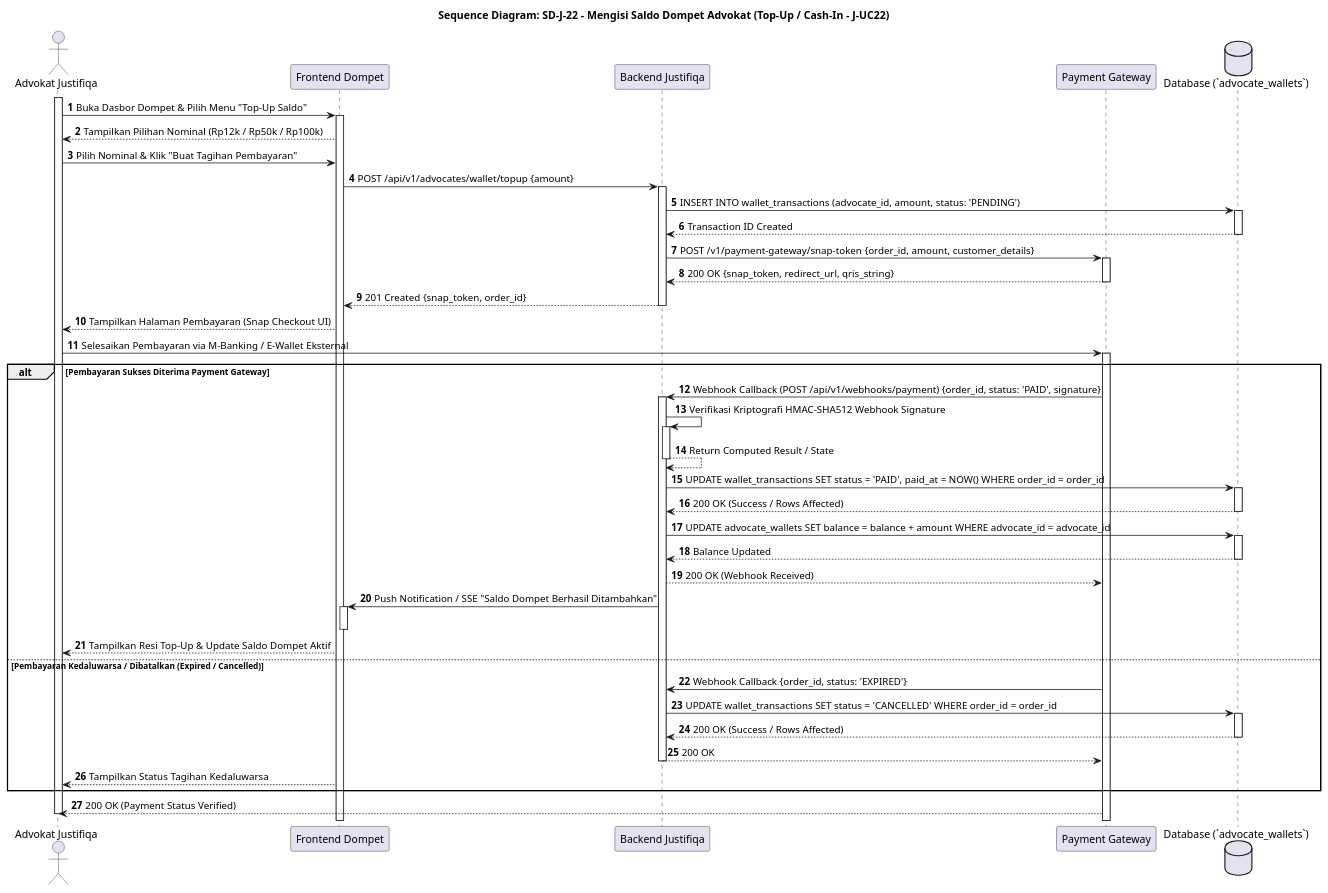
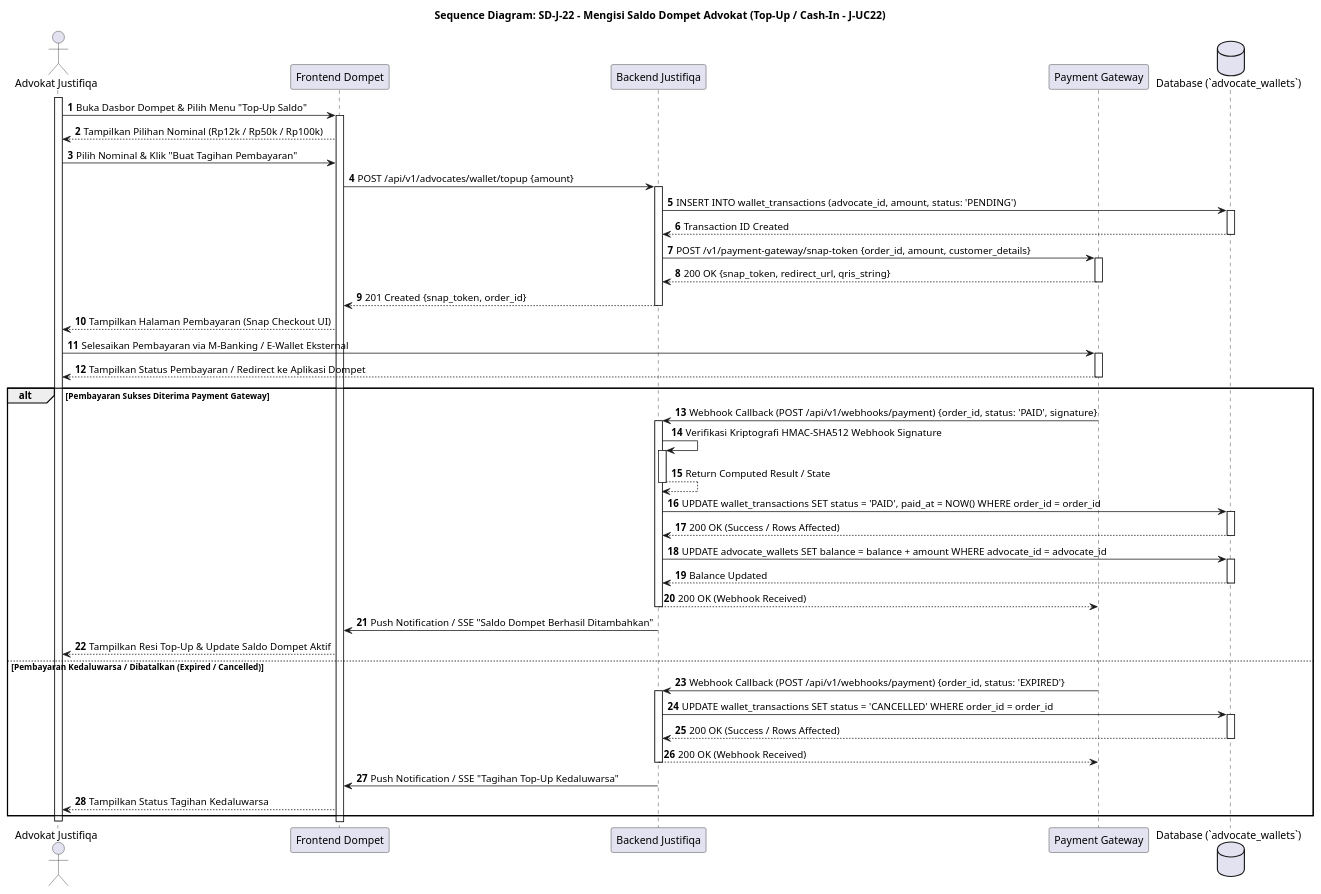
One commit to tupperwureism/SuperApp-Gagal changed diagram 14 of 27 in MarkDown/plantuml_sequence_diagrams.md. Above: the diagram before and after it, drawn with PlantUML. The commit also changed other lines of this file and 2 other files, not shown here.

Commit message:
refactor(uml): standardize outer loop validation pattern and enforce 1-to-1 decision mapping between AD and SD

````diff
--- a/MarkDown/plantuml_sequence_diagrams.md
+++ b/MarkDown/plantuml_sequence_diagrams.md
@@ -748,49 +756,50 @@
 ```plantuml
 @startuml
 title Sequence Diagram: SD-J-22 - Mengisi Saldo Dompet Advokat (Top-Up / Cash-In - J-UC22)
 autonumber
 actor "Advokat Justifiqa" as Mitra
 participant "Frontend Dompet" as FE
 participant "Backend Justifiqa" as BE
 participant "Payment Gateway" as PG
 database "Database (`advocate_wallets`)" as DB
 
 activate Mitra
 Mitra -> FE ++ : Buka Dasbor Dompet & Pilih Menu "Top-Up Saldo"
 FE --> Mitra : Tampilkan Pilihan Nominal (Rp12k / Rp50k / Rp100k)
 Mitra -> FE : Pilih Nominal & Klik "Buat Tagihan Pembayaran"
 FE -> BE ++ : POST /api/v1/advocates/wallet/topup {amount}
 
 BE -> DB ++ : INSERT INTO wallet_transactions (advocate_id, amount, status: 'PENDING')
 DB --> BE -- : Transaction ID Created
 BE -> PG ++ : POST /v1/payment-gateway/snap-token {order_id, amount, customer_details}
 PG --> BE -- : 200 OK {snap_token, redirect_url, qris_string}
 BE --> FE -- : 201 Created {snap_token, order_id}
 FE --> Mitra : Tampilkan Halaman Pembayaran (Snap Checkout UI)
 
 Mitra -> PG ++ : Selesaikan Pembayaran via M-Banking / E-Wallet Eksternal
+PG --> Mitra -- : Tampilkan Status Pembayaran / Redirect ke Aplikasi Dompet
 
 alt Pembayaran Sukses Diterima Payment Gateway
     PG -> BE ++ : Webhook Callback (POST /api/v1/webhooks/payment) {order_id, status: 'PAID', signature}
     BE -> BE ++ : Verifikasi Kriptografi HMAC-SHA512 Webhook Signature
     BE --> BE -- : Return Computed Result / State
     BE -> DB ++ : UPDATE wallet_transactions SET status = 'PAID', paid_at = NOW() WHERE order_id = order_id
     DB --> BE -- : 200 OK (Success / Rows Affected)
     BE -> DB ++ : UPDATE advocate_wallets SET balance = balance + amount WHERE advocate_id = advocate_id
     DB --> BE -- : Balance Updated
-    BE --> PG : 200 OK (Webhook Received)
+    BE --> PG -- : 200 OK (Webhook Received)
     
-    BE -> FE ++ : Push Notification / SSE "Saldo Dompet Berhasil Ditambahkan"
-    deactivate FE
+    BE -> FE : Push Notification / SSE "Saldo Dompet Berhasil Ditambahkan"
     FE --> Mitra : Tampilkan Resi Top-Up & Update Saldo Dompet Aktif
 else Pembayaran Kedaluwarsa / Dibatalkan (Expired / Cancelled)
-    PG -> BE : Webhook Callback {order_id, status: 'EXPIRED'}
+    PG -> BE ++ : Webhook Callback (POST /api/v1/webhooks/payment) {order_id, status: 'EXPIRED'}
     BE -> DB ++ : UPDATE wallet_transactions SET status = 'CANCELLED' WHERE order_id = order_id
     DB --> BE -- : 200 OK (Success / Rows Affected)
-    BE --> PG -- : 200 OK
+    BE --> PG -- : 200 OK (Webhook Received)
+    
+    BE -> FE : Push Notification / SSE "Tagihan Top-Up Kedaluwarsa"
     FE --> Mitra : Tampilkan Status Tagihan Kedaluwarsa
 end
-PG --> Mitra : 200 OK (Payment Status Verified)
 deactivate Mitra
 @enduml
 ```
````
